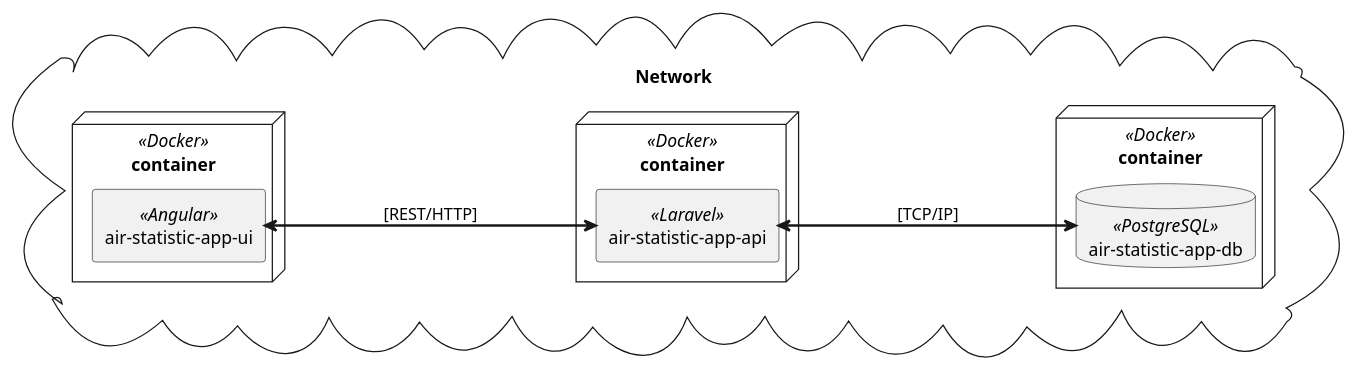
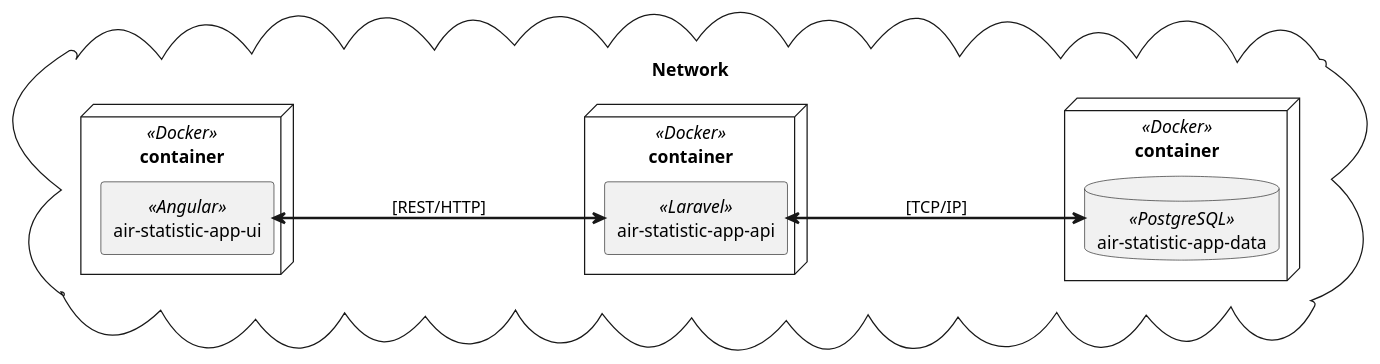
Before and after one commit to centrumek/air-statistic-app: the sixth of 7 diagrams in README.md, drawn with PlantUML. The commit also changed other lines of this file, not shown here.

Commit message:
7 - Prepare use case diagrams

````diff
--- a/README.md
+++ b/README.md
@@ -18,25 +175,25 @@
 ```puml
 left to right direction
 
 cloud Network {
 
     node c1 <<Docker>> as "container" {
         rectangle ui <<Angular>> as "air-statistic-app-ui"{
         }
     }
     
     node c2 <<Docker>> as "container" {
         rectangle api <<Laravel>> as "air-statistic-app-api"{
         }
     }
     
     node c3 <<Docker>> as "container"{
-        database db <<PostgreSQL>> as "air-statistic-app-db" {
+        database db <<PostgreSQL>> as "air-statistic-app-data" {
         }
     }
 
     ui <--[bold]--> api : [REST/HTTP]
     api <--[bold]--> db : [TCP/IP]
 }
 
 ```
````
